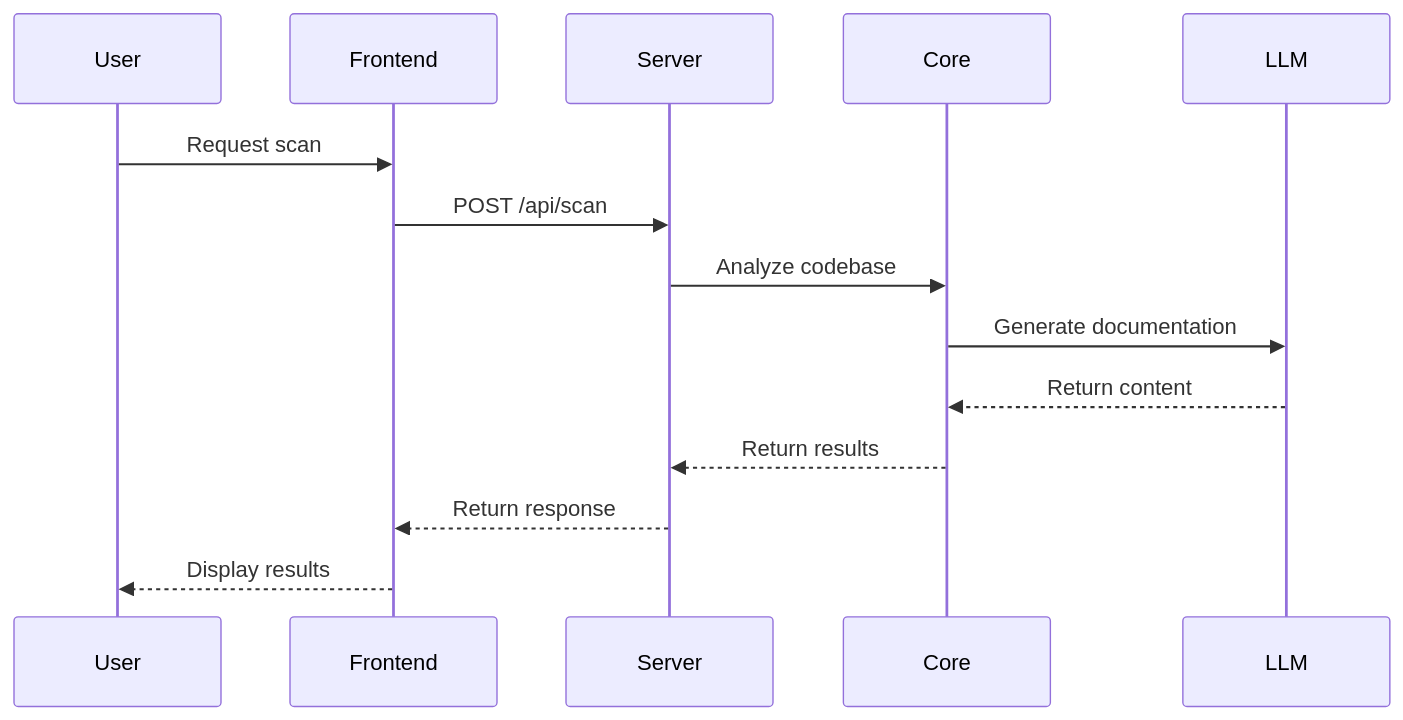
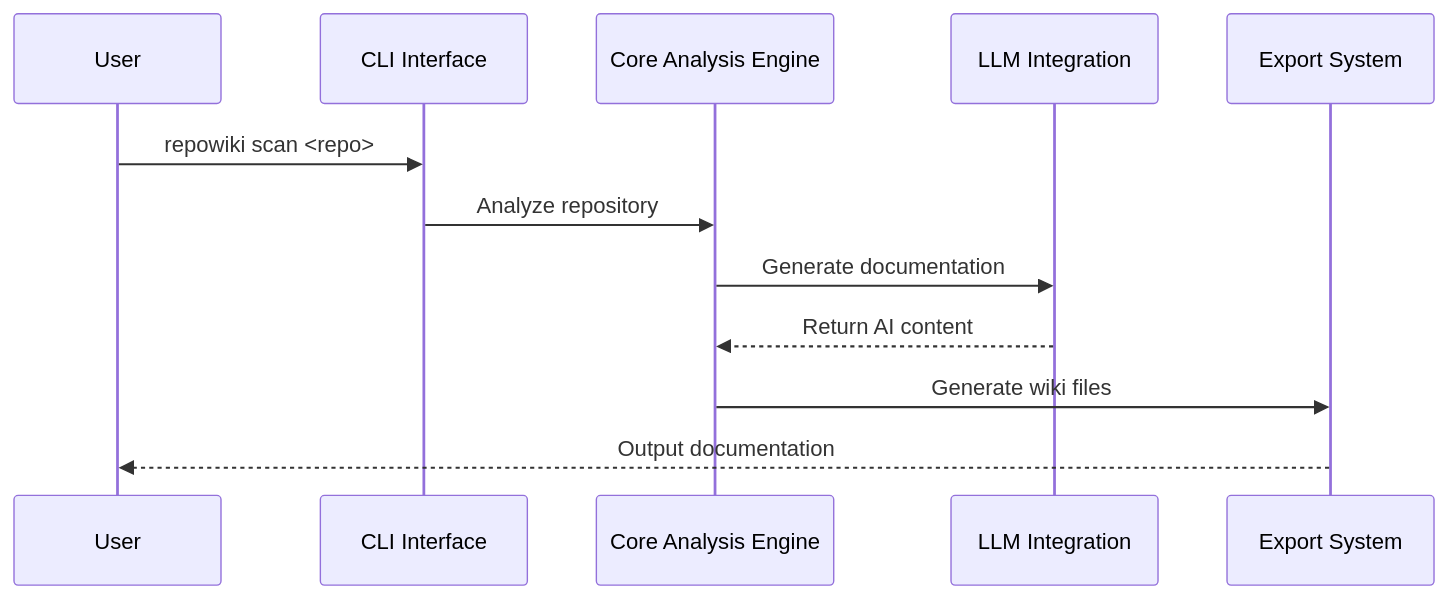
One commit to he-yufeng/RepoWiki changed the second of 2 diagrams in architecture.md. Above: the diagram before and after it, drawn with Mermaid. The commit also changed other lines of this file and 14 other files, not shown here.

````diff
--- a/architecture.md
+++ b/architecture.md
@@ -60,16 +68,14 @@
 ```mermaid
 sequenceDiagram
-  participant User
-  participant Frontend
-  participant Server
-  participant Core
-  participant LLM
-  User->>Frontend: Request scan
-  Frontend->>Server: POST /api/scan
-  Server->>Core: Analyze codebase
-  Core->>LLM: Generate documentation
-  LLM-->>Core: Return content
-  Core-->>Server: Return results
-  Server-->>Frontend: Return response
-  Frontend-->>User: Display results
+    participant User
+    participant CLI as CLI Interface
+    participant Core as Core Analysis Engine
+    participant LLM as LLM Integration
+    participant Export as Export System
+    User->>CLI: repowiki scan <repo>
+    CLI->>Core: Analyze repository
+    Core->>LLM: Generate documentation
+    LLM-->>Core: Return AI content
+    Core->>Export: Generate wiki files
+    Export-->>User: Output documentation
 ```
````
